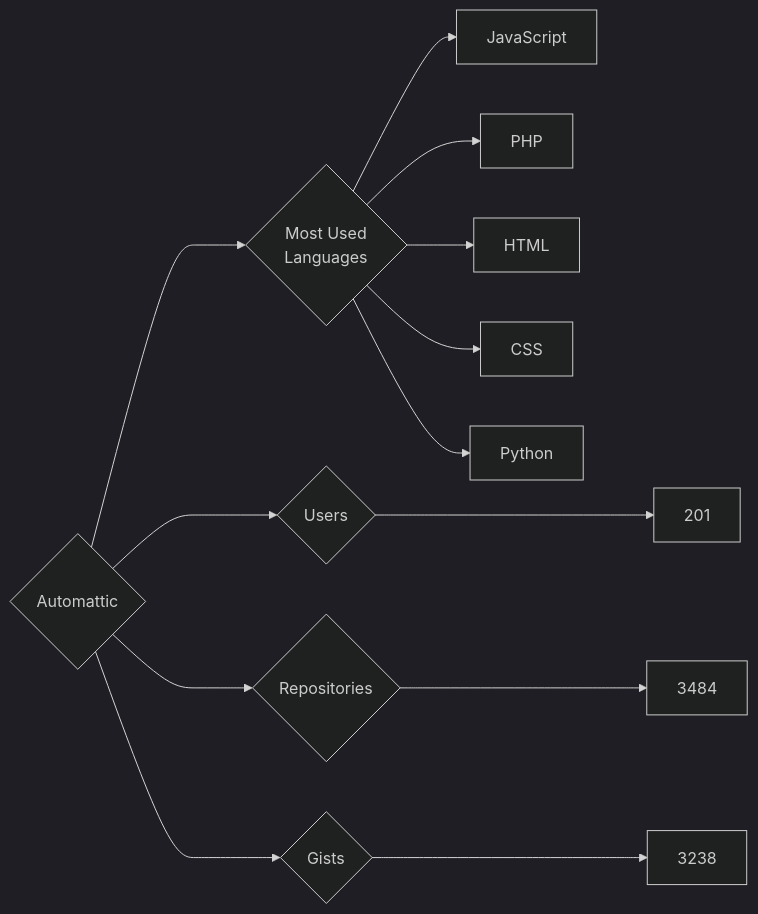
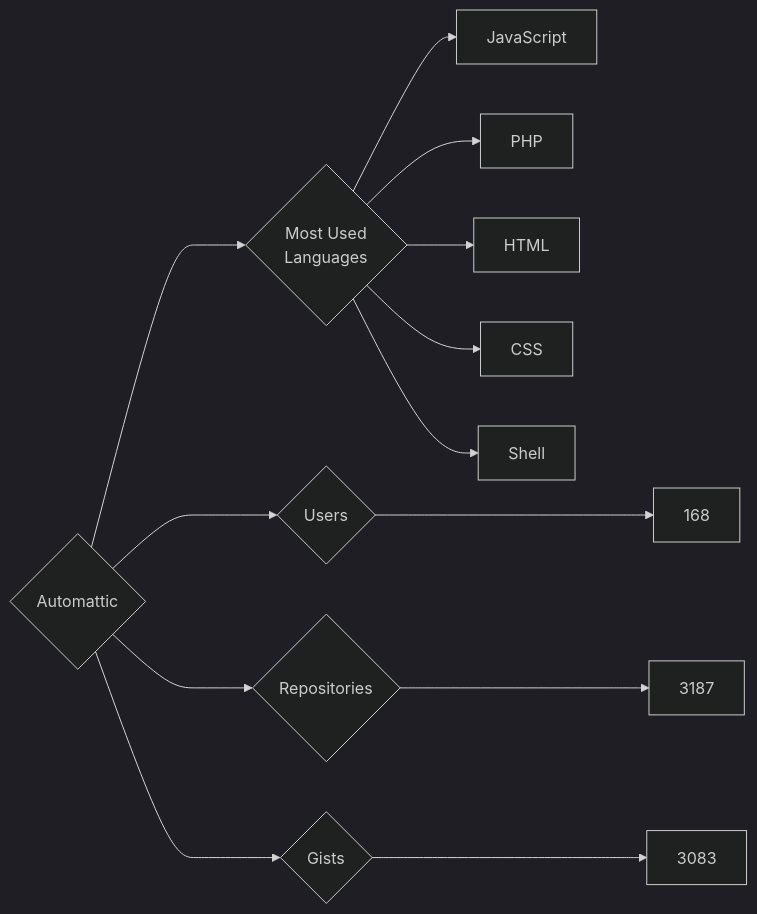
Before and after one commit to trickest/insiders: the diagram in targets/Automattic/README.md, drawn with Mermaid (dark theme). The commit also changed 750 other files, not shown here.

````diff
--- a/targets/Automattic/README.md
+++ b/targets/Automattic/README.md
@@ -3,13 +3,13 @@
 ```mermaid
 graph LR
 COMPANY_NAME{Automattic}
-COMPANY_NAME ---> U{Users} ---> UN[201]
-COMPANY_NAME ---> R{Repositories} ---> RN[3484]
-COMPANY_NAME ---> G{Gists} ---> GN[3238]
+COMPANY_NAME ---> U{Users} ---> UN[168]
+COMPANY_NAME ---> R{Repositories} ---> RN[3187]
+COMPANY_NAME ---> G{Gists} ---> GN[3083]
 COMPANY_NAME ---> ML{Most Used<br>Languages}
 ML --> JavaScript[JavaScript]
 ML --> PHP[PHP]
 ML --> HTML[HTML]
 ML --> CSS[CSS]
-ML --> Python[Python]
+ML --> Shell[Shell]
 ```
````
